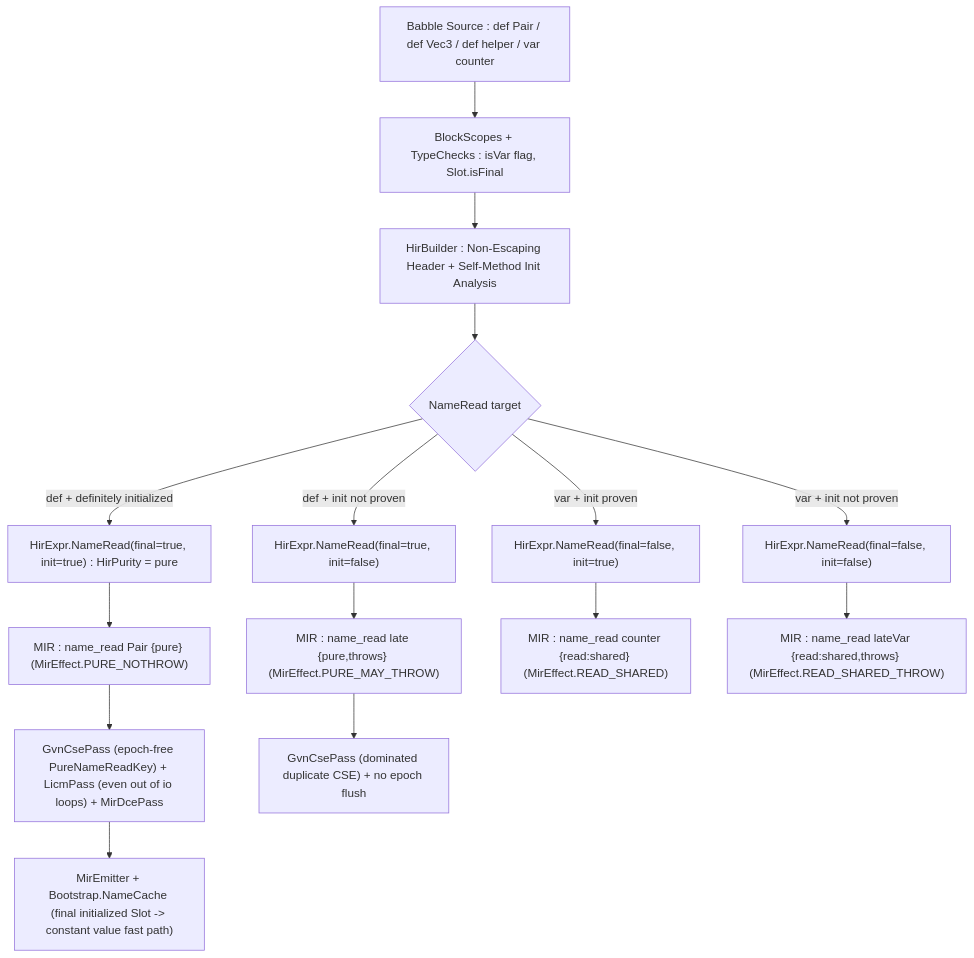
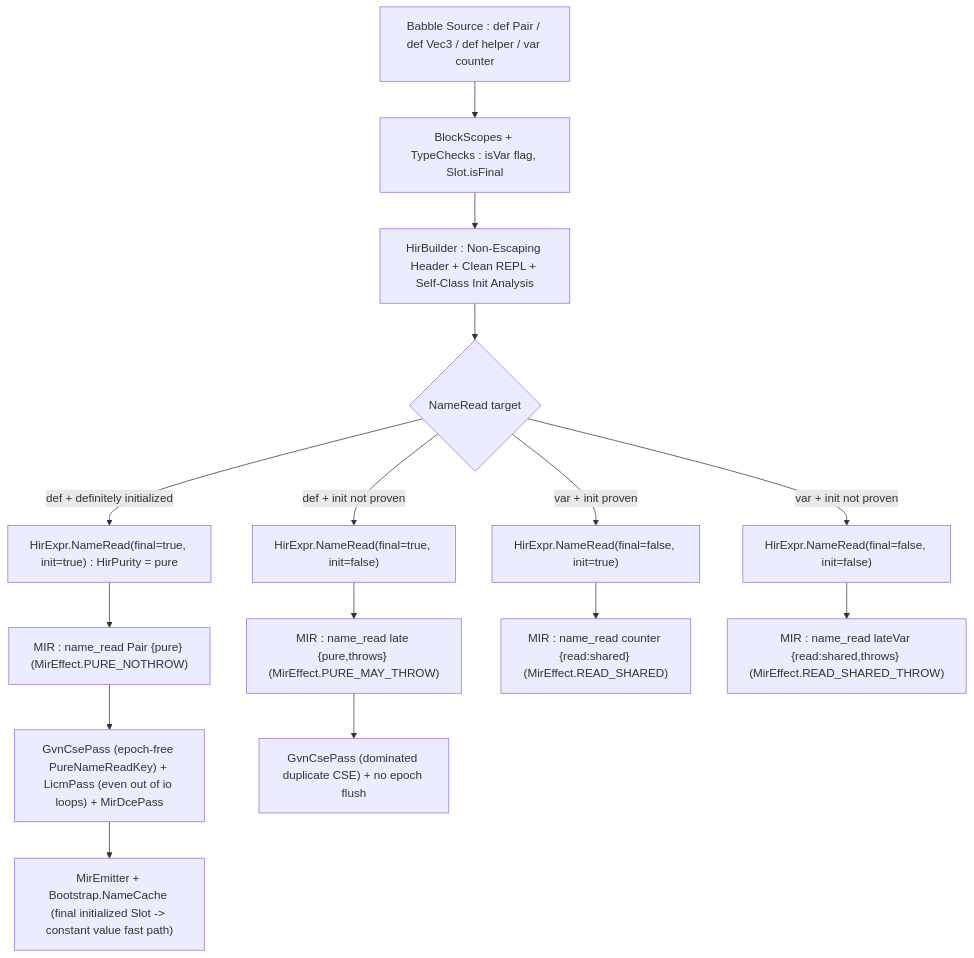
One commit to nlehuen/babble changed the diagram in docs/design/bip034_immutable-def-and-mutable-var.md. Above: the diagram before and after it, drawn with Mermaid. The commit also changed other lines of this file and 1 other file, not shown here.

````diff
--- a/docs/design/bip034_immutable-def-and-mutable-var.md
+++ b/docs/design/bip034_immutable-def-and-mutable-var.md
@@ -210,17 +254,17 @@
 ```mermaid
 flowchart TD
     A["Babble Source : def Pair / def Vec3 / def helper / var counter"] --> B["BlockScopes + TypeChecks : isVar flag, Slot.isFinal"]
-    B --> C["HirBuilder : Non-Escaping Header + Self-Method Init Analysis"]
+    B --> C["HirBuilder : Non-Escaping Header + Clean REPL + Self-Class Init Analysis"]
     C --> D{"NameRead target"}
     D -->|"def + definitely initialized"| E["HirExpr.NameRead(final=true, init=true) : HirPurity = pure"]
     D -->|"def + init not proven"| F["HirExpr.NameRead(final=true, init=false)"]
     D -->|"var + init proven"| G["HirExpr.NameRead(final=false, init=true)"]
     D -->|"var + init not proven"| H["HirExpr.NameRead(final=false, init=false)"]
     E --> I["MIR : name_read Pair {pure} (MirEffect.PURE_NOTHROW)"]
     F --> J["MIR : name_read late {pure,throws} (MirEffect.PURE_MAY_THROW)"]
     G --> K["MIR : name_read counter {read:shared} (MirEffect.READ_SHARED)"]
     H --> L["MIR : name_read lateVar {read:shared,throws} (MirEffect.READ_SHARED_THROW)"]
     I --> M["GvnCsePass (epoch-free PureNameReadKey) + LicmPass (even out of io loops) + MirDcePass"]
     J --> N["GvnCsePass (dominated duplicate CSE) + no epoch flush"]
     M --> O["MirEmitter + Bootstrap.NameCache (final initialized Slot -> constant value fast path)"]
 ```
````
